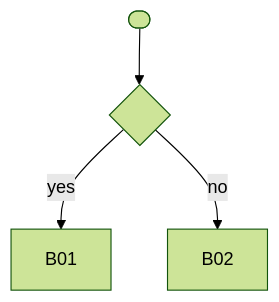
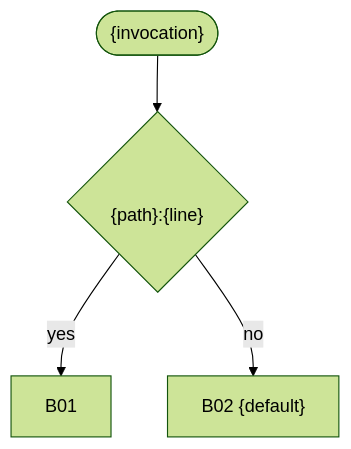
Before and after one commit to Uniterra-Solutions/pdd-software-development: the diagram in skills/study/assets/AGENTS.template.md, drawn with Mermaid (forest theme). The commit also changed other lines of this file and 10 other files, not shown here.

````diff
--- a/skills/study/assets/AGENTS.template.md
+++ b/skills/study/assets/AGENTS.template.md
@@ -29,10 +29,10 @@
 ```mermaid
 flowchart TD
-  E1(["<invocation>"])
-  P1{"<quoted predicate><br/><path>:<line>"}
+  E1(["{invocation}"])
+  P1{"<quoted predicate><br/>{path}:{line}"}
   B01["B01 <short name>"]
-  B02["B02 <default>"]
+  B02["B02 {default}"]
   E1 --> P1
   P1 -- "yes" --> B01
   P1 -- "no" --> B02
 ```
````
